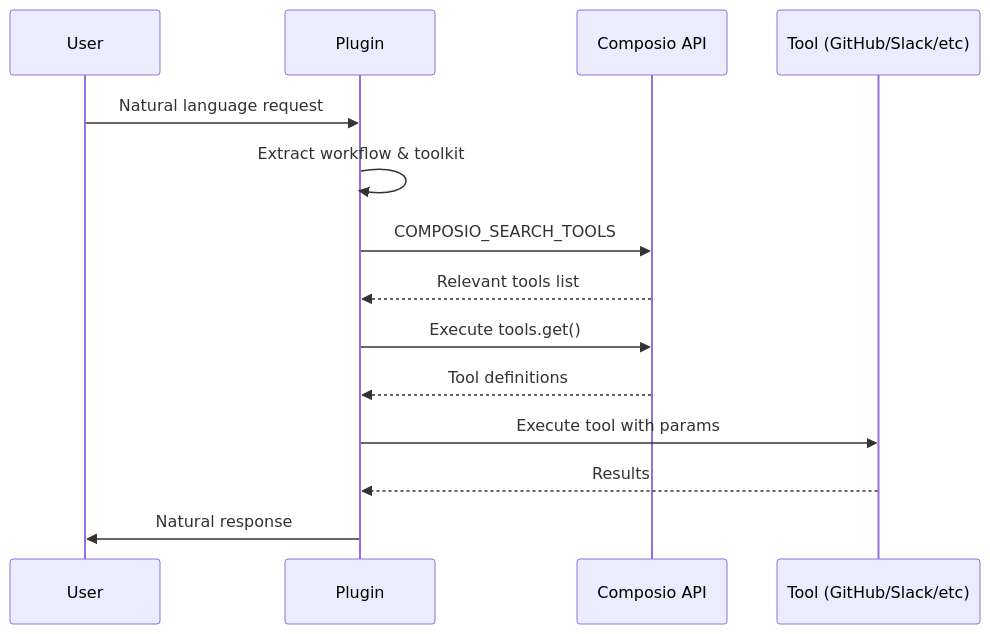
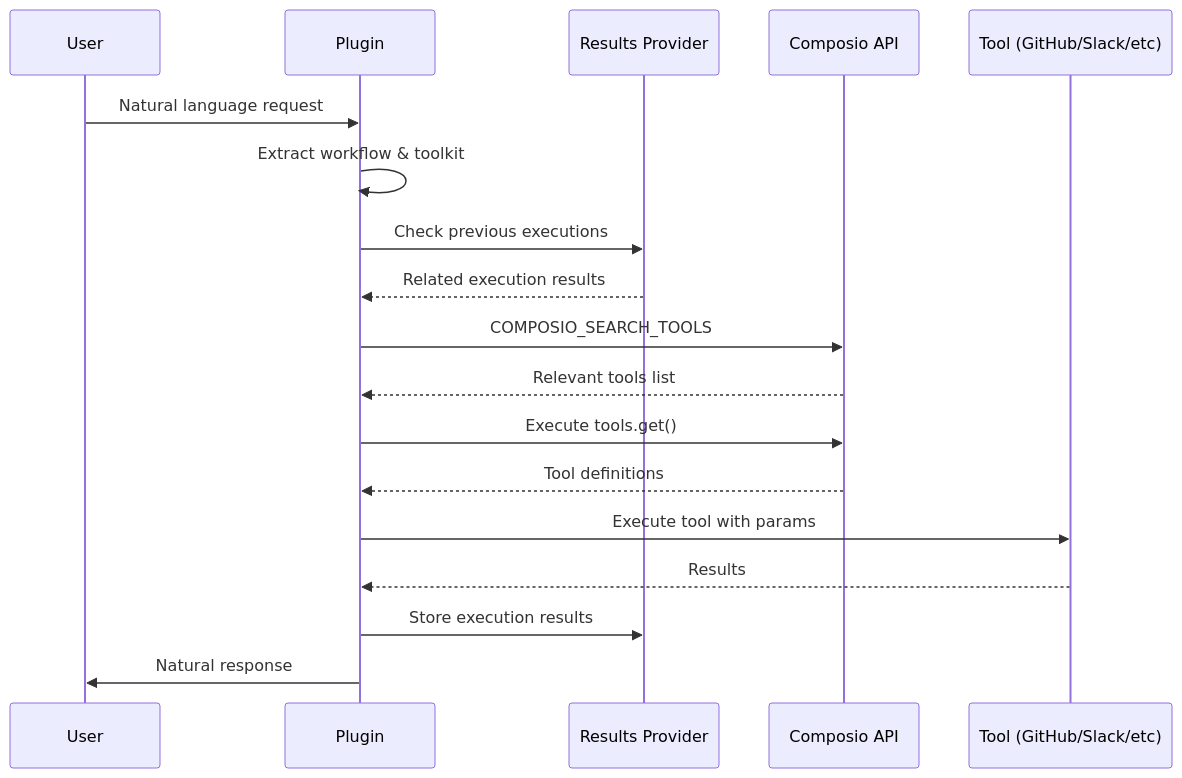
One commit to standujar/plugin-composio changed the second of 2 diagrams in README.md. Above: the diagram before and after it, drawn with Mermaid. The commit also changed other lines of this file, not shown here.

Commit message:
docs: update README to include Results Provider feature for execution history management

````diff
--- a/README.md
+++ b/README.md
@@ -204,17 +205,21 @@
 ```mermaid
 sequenceDiagram
     participant U as User
     participant P as Plugin
+    participant R as Results Provider
     participant C as Composio API
     participant T as Tool (GitHub/Slack/etc)
     
     U->>P: Natural language request
     P->>P: Extract workflow & toolkit
+    P->>R: Check previous executions
+    R-->>P: Related execution results
     P->>C: COMPOSIO_SEARCH_TOOLS
     C-->>P: Relevant tools list
     P->>C: Execute tools.get()
     C-->>P: Tool definitions
     P->>T: Execute tool with params
     T-->>P: Results
+    P->>R: Store execution results
     P->>U: Natural response
 ```
````
